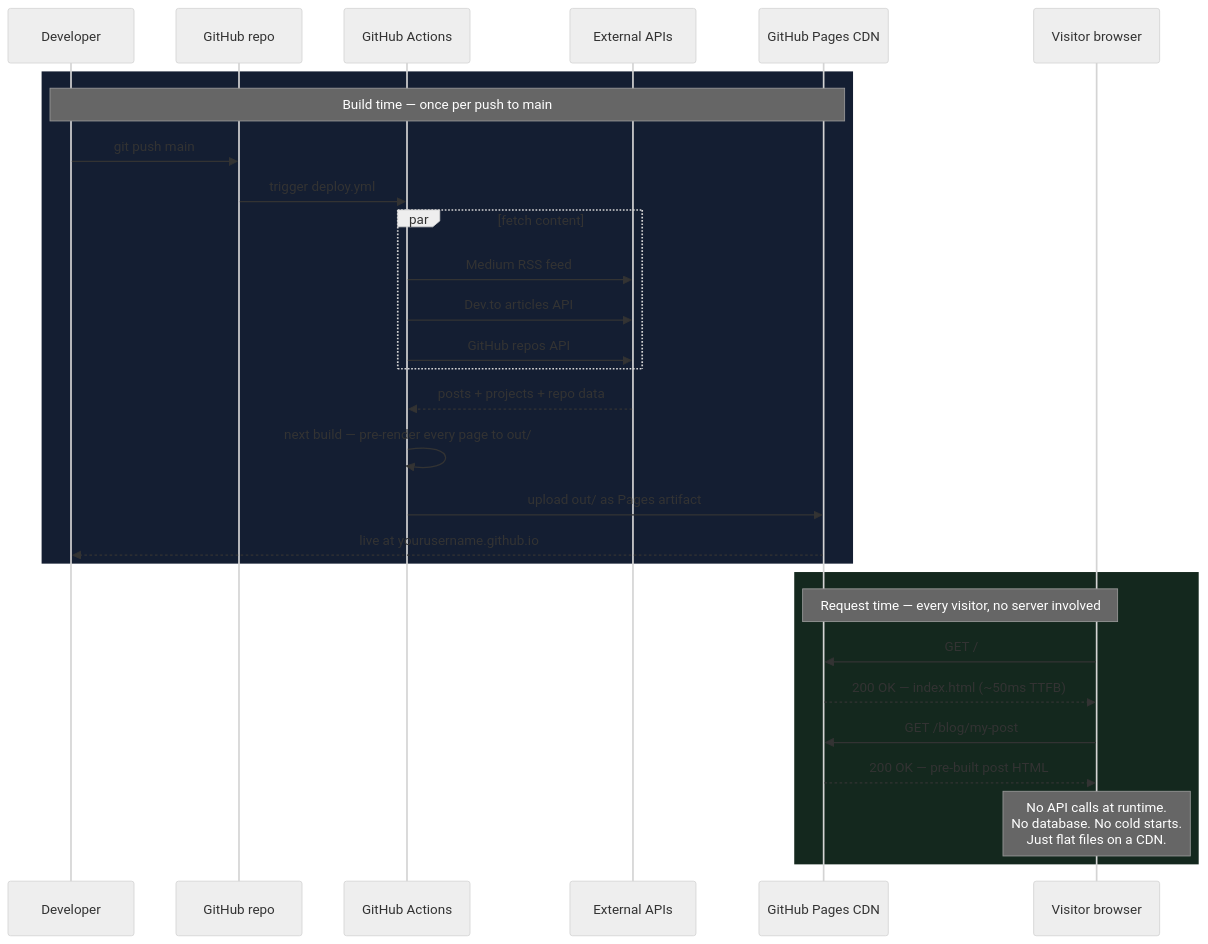
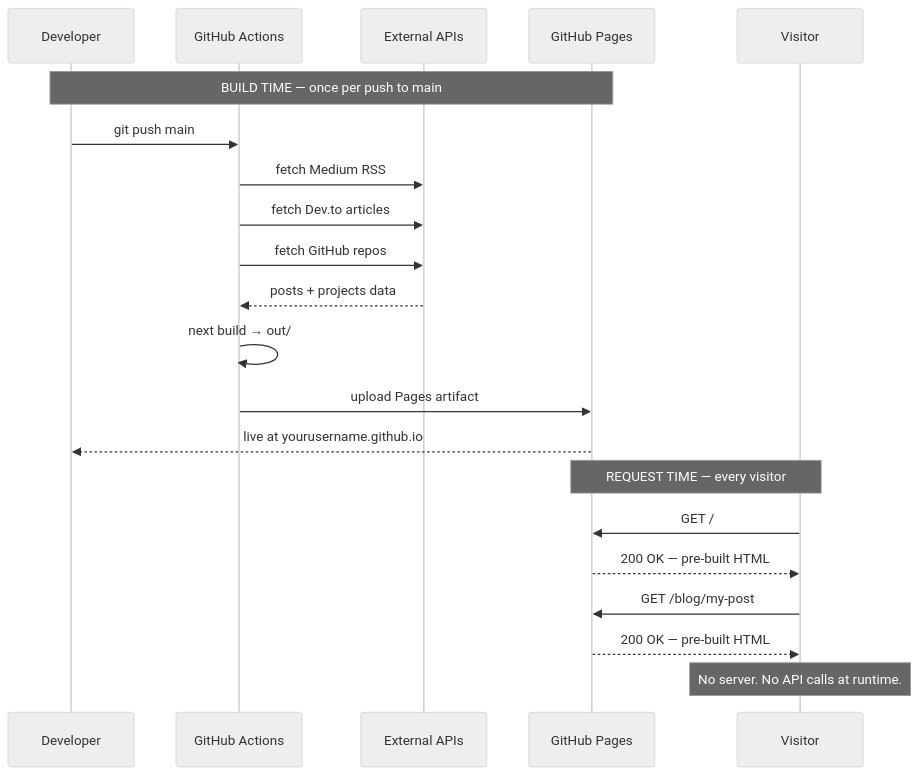
The second of 5 diagrams in README.md (theprodsde/theprodsde.github.io), drawn with Mermaid (neutral theme) before and after one commit. The commit also changed 4 other files, not shown here.

Commit message:
feat: update ESLint configuration and improve sequence diagrams in blog post

````diff
--- a/README.md
+++ b/README.md
@@ -122,35 +122,25 @@
 ```mermaid
 sequenceDiagram
-    participant Dev  as Developer
-    participant GH   as GitHub repo
-    participant CI   as GitHub Actions
-    participant Ext  as External APIs
-    participant CDN  as GitHub Pages CDN
-    participant User as Visitor browser
+    participant Dev as Developer
+    participant CI  as GitHub Actions
+    participant API as External APIs
+    participant CDN as GitHub Pages
+    participant Usr as Visitor
 
-    rect rgb(20, 30, 50)
-        Note over Dev,CDN: Build time — once per push to main
+    Note over Dev,CDN: BUILD TIME — once per push to main
+    Dev->>CI: git push main
+    CI->>API: fetch Medium RSS
+    CI->>API: fetch Dev.to articles
+    CI->>API: fetch GitHub repos
+    API-->>CI: posts + projects data
+    CI->>CI: next build → out/
+    CI->>CDN: upload Pages artifact
+    CDN-->>Dev: live at yourusername.github.io
 
-        Dev->>GH: git push main
-        GH->>CI: trigger deploy.yml
-        par fetch content
-            CI->>Ext: Medium RSS feed
-            CI->>Ext: Dev.to articles API
-            CI->>Ext: GitHub repos API
-        end
-        Ext-->>CI: posts + projects + repo data
-        CI->>CI: next build — pre-render every page to out/
-        CI->>CDN: upload out/ as Pages artifact
-        CDN-->>Dev: live at yourusername.github.io
-    end
-
-    rect rgb(20, 40, 30)
-        Note over User,CDN: Request time — every visitor, no server involved
-
-        User->>CDN: GET /
-        CDN-->>User: 200 OK — index.html (~50ms TTFB)
-        User->>CDN: GET /blog/my-post
-        CDN-->>User: 200 OK — pre-built post HTML
-        Note over User: No API calls at runtime.<br/>No database. No cold starts.<br/>Just flat files on a CDN.
-    end
+    Note over CDN,Usr: REQUEST TIME — every visitor
+    Usr->>CDN: GET /
+    CDN-->>Usr: 200 OK — pre-built HTML
+    Usr->>CDN: GET /blog/my-post
+    CDN-->>Usr: 200 OK — pre-built HTML
+    Note over Usr: No server. No API calls at runtime.
 ```
````
